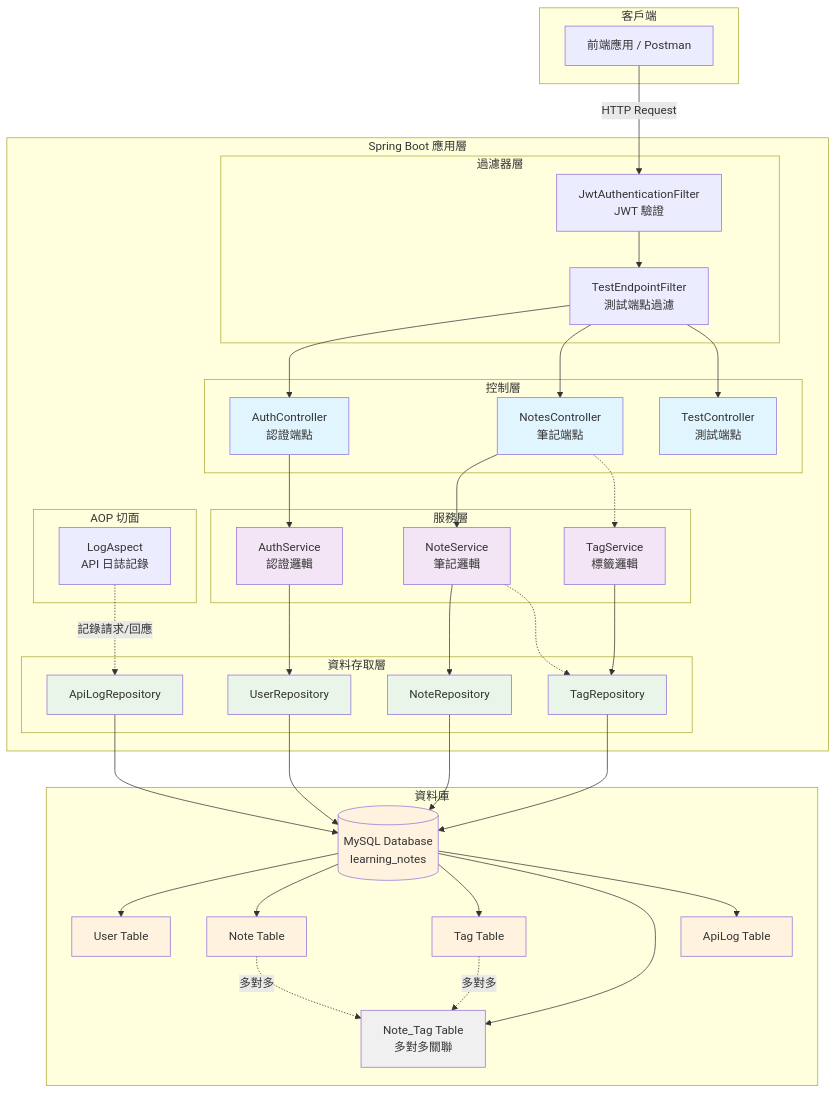
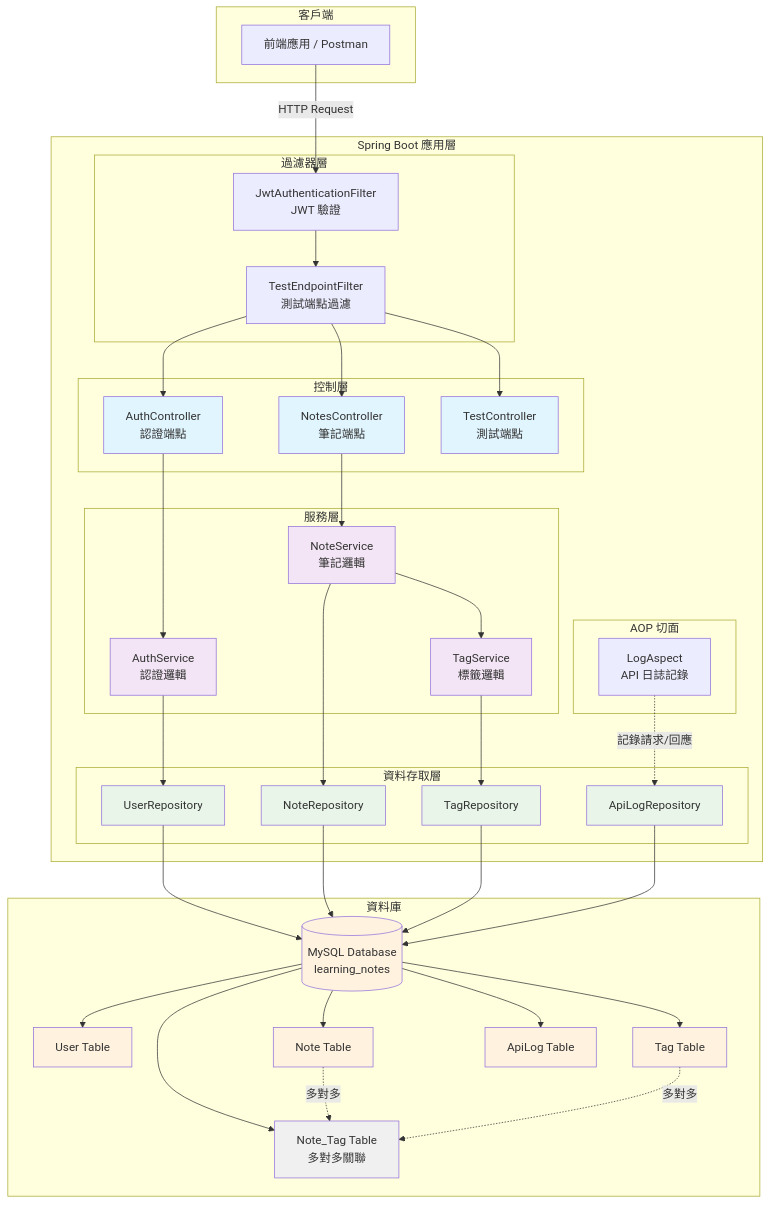
The first of 2 diagrams in README.md (jeannyChiu/learning-notes-api), drawn with Mermaid before and after one commit.

Commit message:
fix: 修正架構圖中的服務層調用關係
- 移除 NotesController 到 TagService 的錯誤虛線連接
- 修正為 NotesController → NoteService → TagService 的正確調用鏈
- 反映實際程式碼中的依賴注入關係

```diff
--- a/README.md
+++ b/README.md
@@ -90,12 +90,11 @@
     
     AC --> AS
     NC --> NS
-    NC -.-> TS
     
     AS --> UR
     NS --> NR
+    NS --> TS
     TS --> TR
-    NS -.-> TR
     
     LA -.->|記錄請求/回應| ALR
     
```
